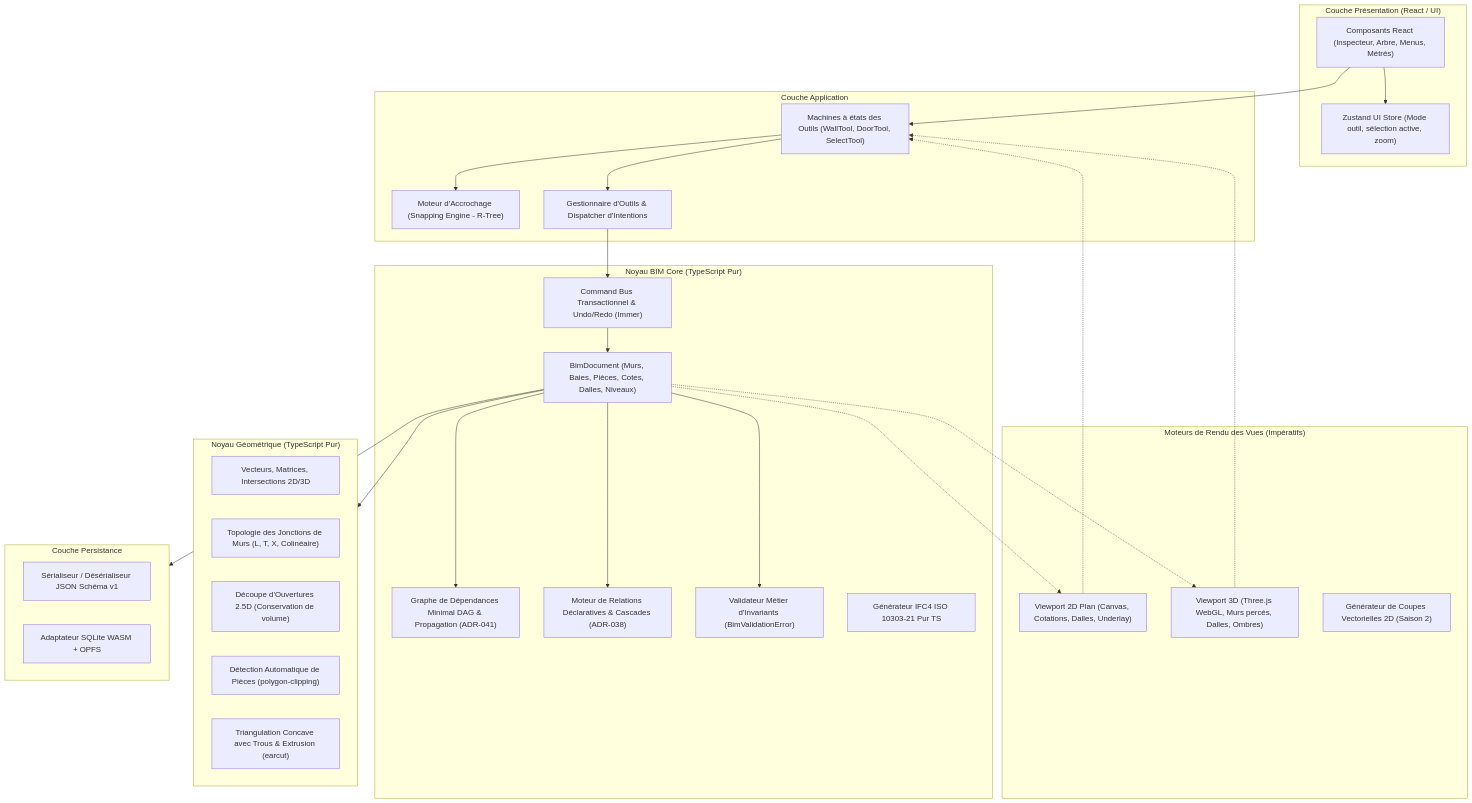
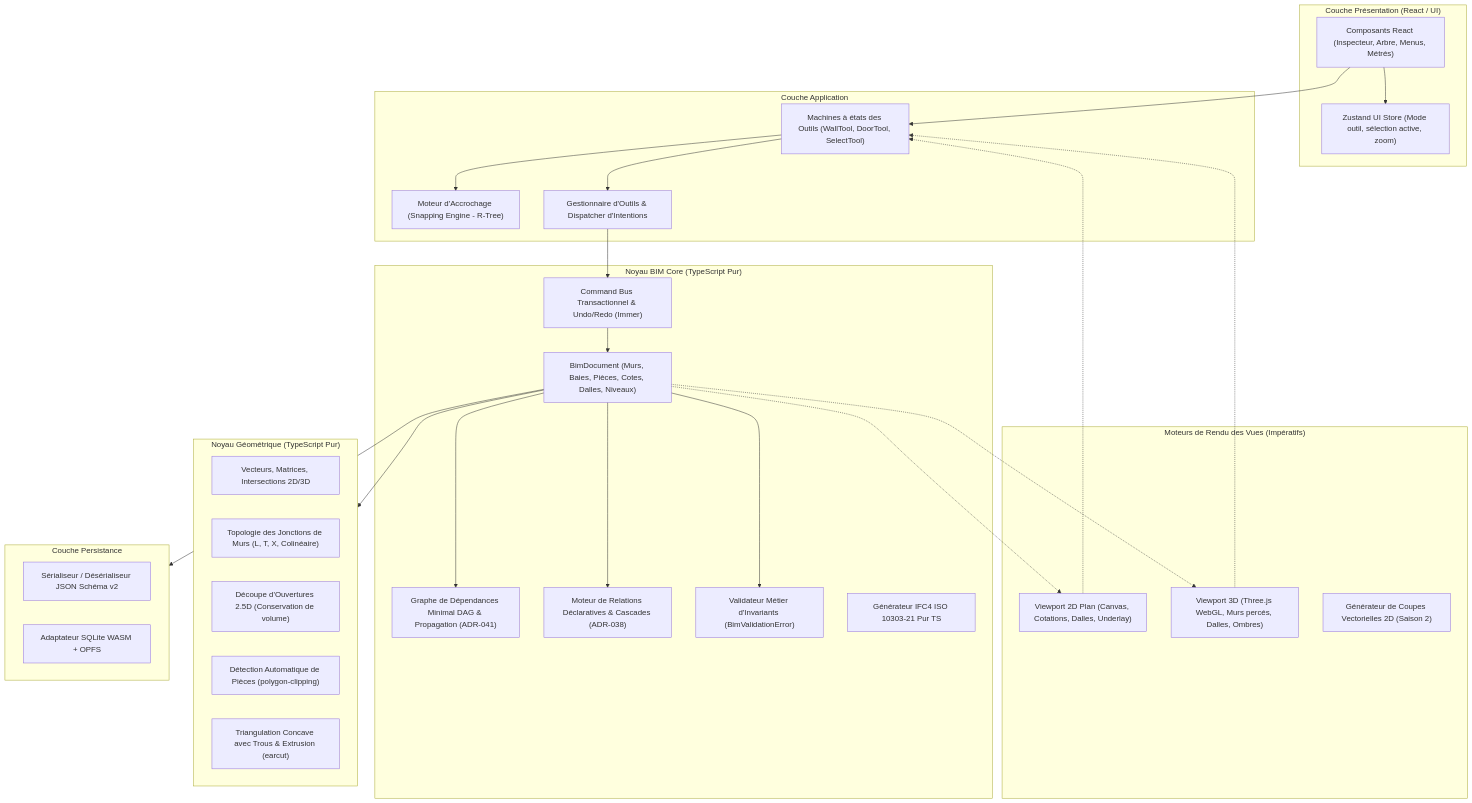
One commit to mouridoullah/mini-Revit changed the first of 2 diagrams in ARCHITECTURE.md. Above: the diagram before and after it, drawn with Mermaid. The commit also changed other lines of this file and 7 other files, not shown here.

````diff
--- a/ARCHITECTURE.md
+++ b/ARCHITECTURE.md
@@ -30,57 +30,57 @@
 ```mermaid
 flowchart TD
     subgraph UI ["Couche Présentation (React / UI)"]
         ReactUI["Composants React (Inspecteur, Arbre, Menus, Métrés)"]
         UIStore["Zustand UI Store (Mode outil, sélection active, zoom)"]
     end
 
     subgraph AppLayer ["Couche Application"]
         Tools["Machines à états des Outils (WallTool, DoorTool, SelectTool)"]
         Snapping["Moteur d'Accrochage (Snapping Engine - R-Tree)"]
         ToolDispatcher["Gestionnaire d'Outils & Dispatcher d'Intentions"]
     end
 
     subgraph Viewports ["Moteurs de Rendu des Vues (Impératifs)"]
         View2D["Viewport 2D Plan (Canvas, Cotations, Dalles, Underlay)"]
         View3D["Viewport 3D (Three.js WebGL, Murs percés, Dalles, Ombres)"]
         Section2D["Générateur de Coupes Vectorielles 2D (Saison 2)"]
     end
 
     subgraph CoreDomain ["Noyau BIM Core (TypeScript Pur)"]
         Document["BimDocument (Murs, Baies, Pièces, Cotes, Dalles, Niveaux)"]
         CommandBus["Command Bus Transactionnel & Undo/Redo (Immer)"]
         DagEngine["Graphe de Dépendances Minimal DAG & Propagation (ADR-041)"]
         RelationsEngine["Moteur de Relations Déclaratives & Cascades (ADR-038)"]
         RulesEngine["Validateur Métier d'Invariants (BimValidationError)"]
         IFCExporter["Générateur IFC4 ISO 10303-21 Pur TS"]
     end
 
     subgraph GeometryKernel ["Noyau Géométrique (TypeScript Pur)"]
         MathUtils["Vecteurs, Matrices, Intersections 2D/3D"]
         WallJunctions["Topologie des Jonctions de Murs (L, T, X, Colinéaire)"]
         SlicingEngine["Découpe d'Ouvertures 2.5D (Conservation de volume)"]
         RoomDetection["Détection Automatique de Pièces (polygon-clipping)"]
         Triangulation["Triangulation Concave avec Trous & Extrusion (earcut)"]
     end
 
     subgraph Persistence ["Couche Persistance"]
-        Serializer["Sérialiseur / Désérialiseur JSON Schéma v1"]
+        Serializer["Sérialiseur / Désérialiseur JSON Schéma v2"]
         SQLiteAdapter["Adaptateur SQLite WASM + OPFS"]
     end
 
     ReactUI --> Tools
     ReactUI --> UIStore
     Tools --> Snapping
     Tools --> ToolDispatcher
     ToolDispatcher --> CommandBus
     CommandBus --> Document
     Document --> DagEngine
     Document --> RelationsEngine
     Document --> RulesEngine
     Document --> GeometryKernel
     Document --> Persistence
     Document -.-> View2D
     Document -.-> View3D
     View2D -.-> Tools
     View3D -.-> Tools
 ```
````
